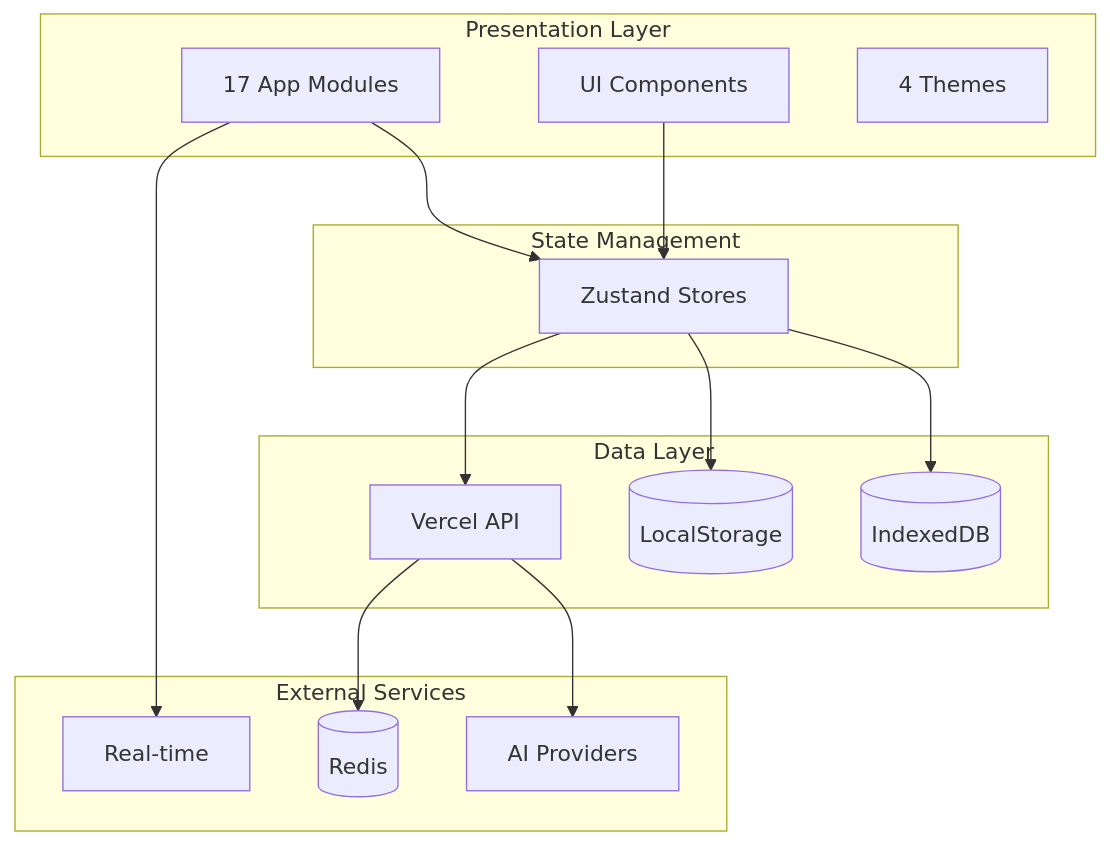
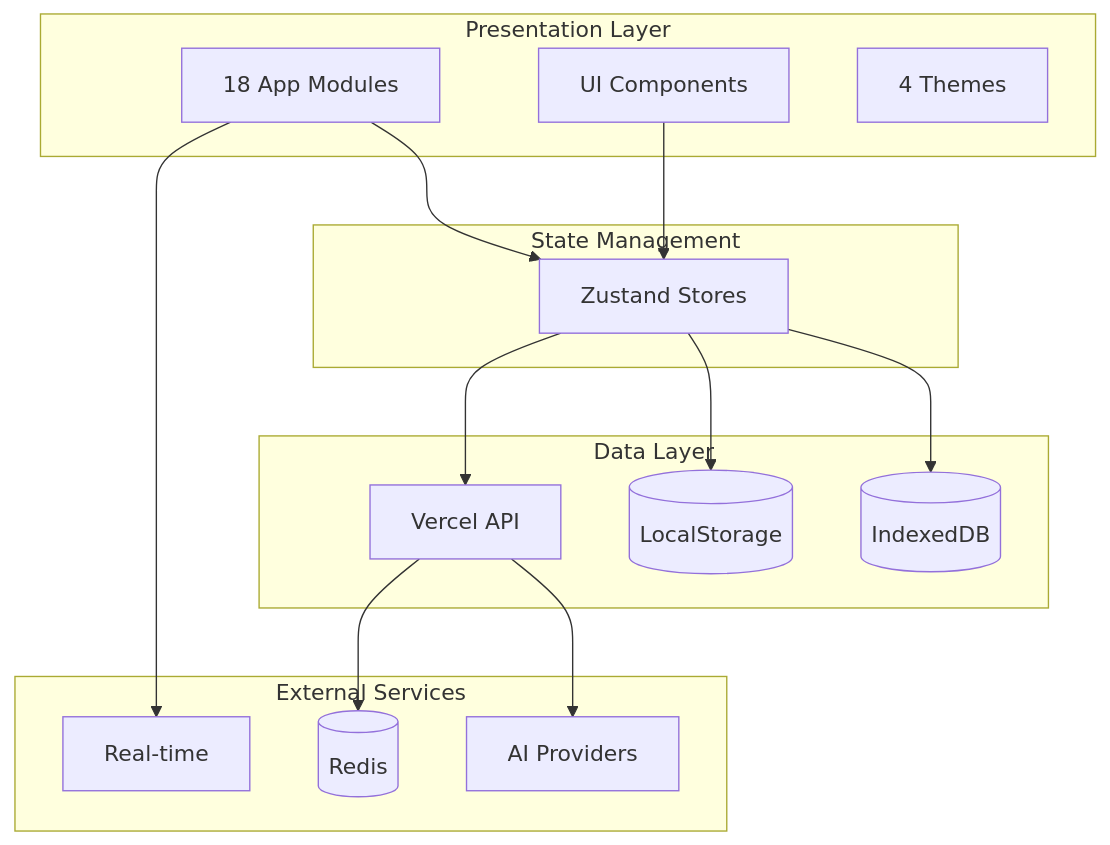
Before and after one commit to ryokun6/ryos: the diagram in docs/1-overview.md, drawn with Mermaid. The commit also changed other lines of this file and 56 other files, not shown here.

````diff
--- a/docs/1-overview.md
+++ b/docs/1-overview.md
@@ -7,33 +7,33 @@
 ```mermaid
 graph TB
     subgraph Presentation["Presentation Layer"]
-        Apps[17 App Modules]
+        Apps[18 App Modules]
         UI[UI Components]
         Themes[4 Themes]
     end
     
     subgraph State["State Management"]
         Zustand[Zustand Stores]
     end
     
     subgraph Data["Data Layer"]
         IndexedDB[(IndexedDB)]
         LocalStorage[(LocalStorage)]
         API[Vercel API]
     end
     
     subgraph External["External Services"]
         AI[AI Providers]
         Pusher[Real-time]
         Redis[(Redis)]
     end
     
     Apps --> Zustand
     UI --> Zustand
     Zustand --> IndexedDB
     Zustand --> LocalStorage
     Zustand --> API
     API --> AI
     API --> Redis
     Apps --> Pusher
 ```
````
